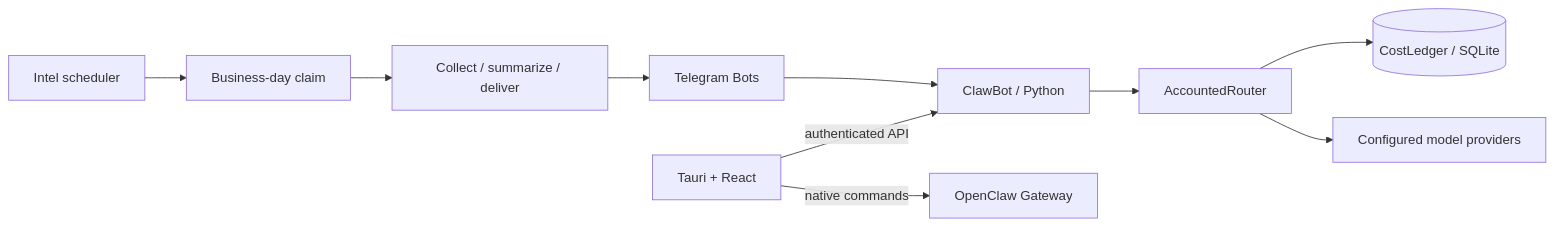
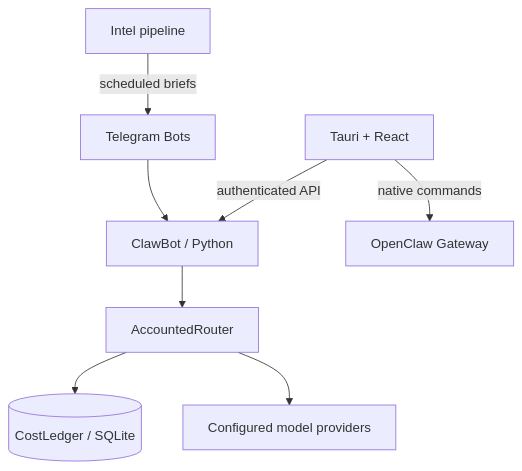
One commit to djblack1209-coder/OpenClaw-Bot changed the diagram in README.md. Above: the diagram before and after it, drawn with Mermaid. The commit also changed 1 other file, not shown here.

Commit message:
docs: refine architecture preview and record GitHub findings

````diff
--- a/README.md
+++ b/README.md
@@ -62,12 +62,10 @@
 ```mermaid
-flowchart LR
-    TG[Telegram Bots] --> CB[ClawBot / Python]
+flowchart TB
+    IP[Intel pipeline] -->|scheduled briefs| TG[Telegram Bots]
+    TG --> CB[ClawBot / Python]
     UI[Tauri + React] -->|native commands| GW[OpenClaw Gateway]
     UI -->|authenticated API| CB
     CB --> RT[AccountedRouter]
     RT --> CL[(CostLedger / SQLite)]
     RT --> LLM[Configured model providers]
-    SC[Intel scheduler] --> CLAIM[Business-day claim]
-    CLAIM --> PIPE[Collect / summarize / deliver]
-    PIPE --> TG
 ```
````
